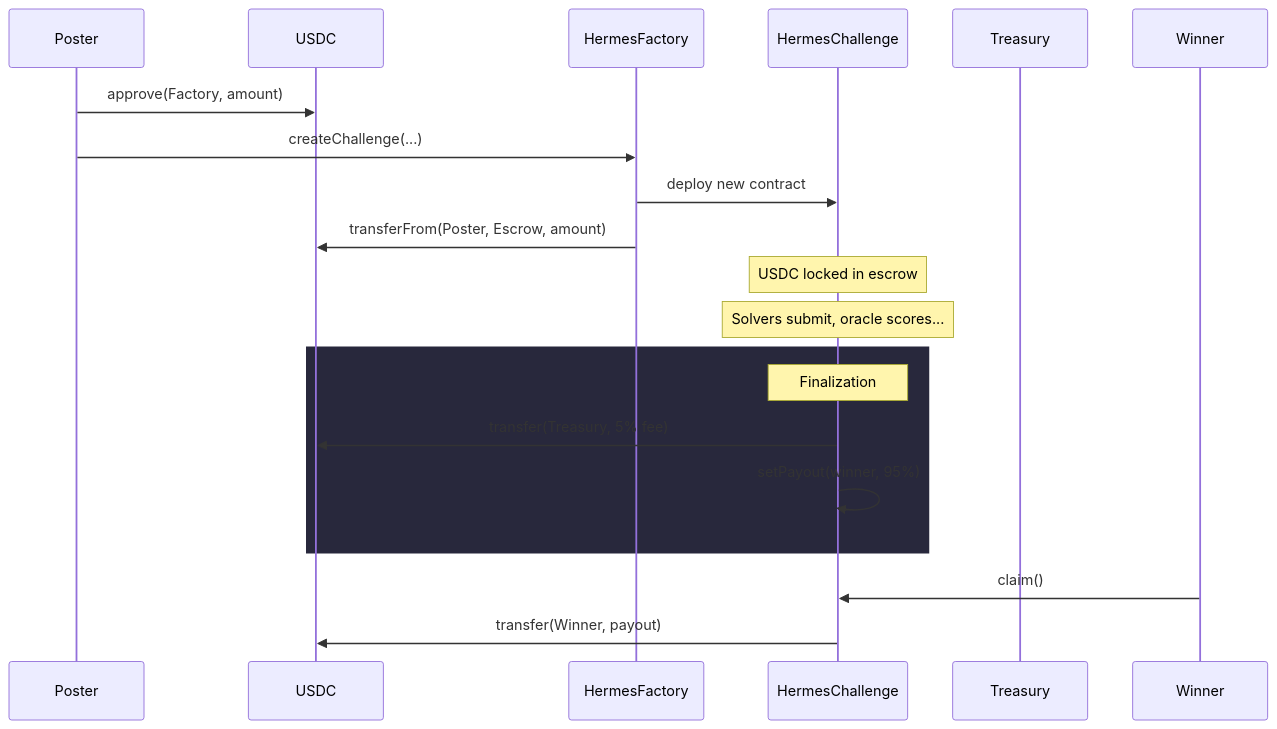
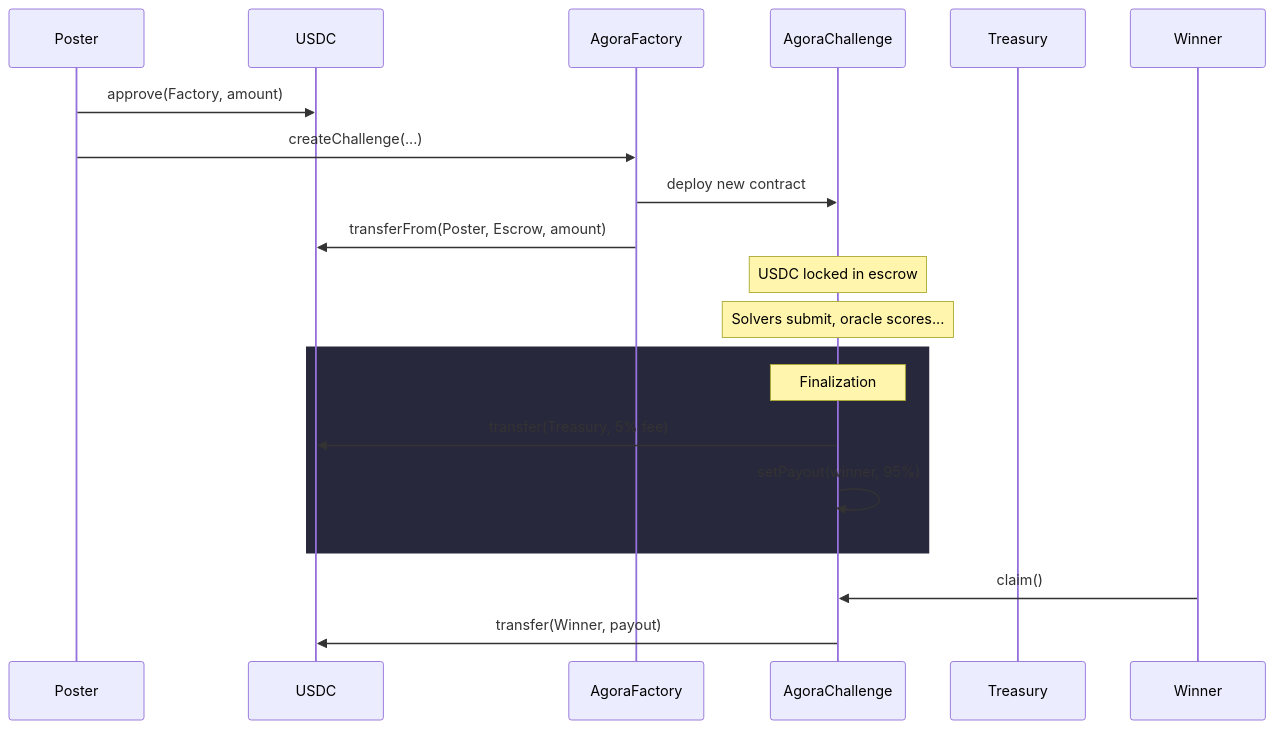
The fifth of 15 diagrams in docs/architecture.md (andymolecule/Agora), drawn with Mermaid before and after one commit. The commit also changed other lines of this file and 205 other files, not shown here.

Commit message:
rebrand: complete Hermes to Agora cutover

````diff
--- a/docs/architecture.md
+++ b/docs/architecture.md
@@ -192,26 +192,26 @@
 ```mermaid
 sequenceDiagram
     participant Poster
     participant USDC
-    participant Factory as HermesFactory
-    participant Escrow as HermesChallenge
+    participant Factory as AgoraFactory
+    participant Escrow as AgoraChallenge
     participant Treasury
     participant Winner
 
     Poster->>USDC: approve(Factory, amount)
     Poster->>Factory: createChallenge(...)
     Factory->>Escrow: deploy new contract
     Factory->>USDC: transferFrom(Poster, Escrow, amount)
     Note over Escrow: USDC locked in escrow
 
     Note over Escrow: Solvers submit, oracle scores...
 
     rect rgb(40, 40, 60)
         Note over Escrow: Finalization
         Escrow->>USDC: transfer(Treasury, 5% fee)
         Escrow->>Escrow: setPayout(winner, 95%)
     end
 
     Winner->>Escrow: claim()
     Escrow->>USDC: transfer(Winner, payout)
 ```
````
